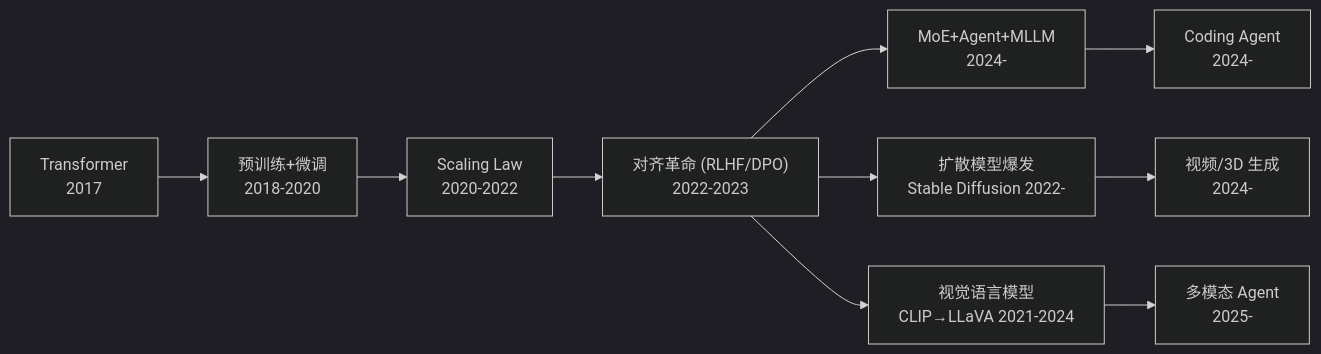
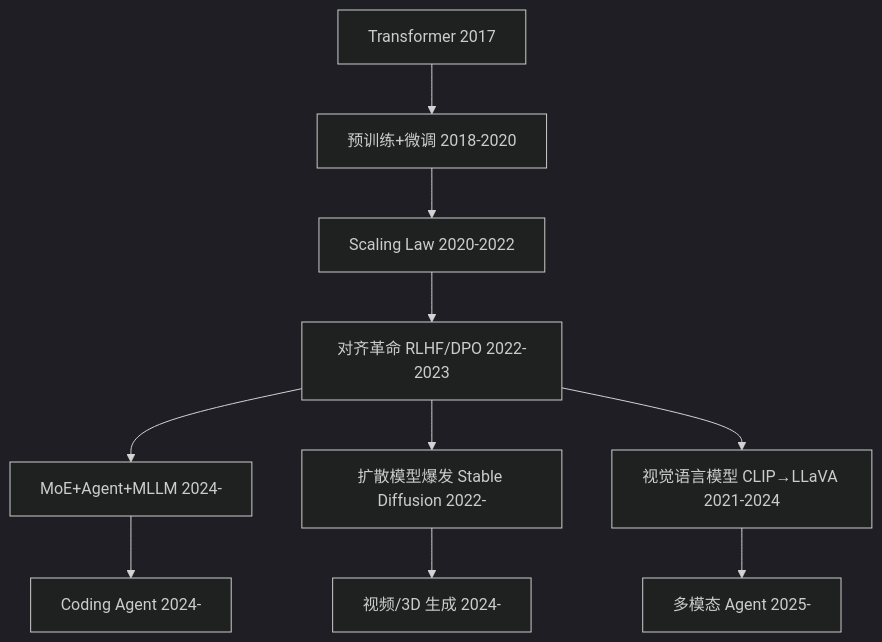
Before and after one commit to zyfengaa/ai-knowledge-base: the diagram in README.md, drawn with Mermaid (dark theme).

Commit message:
fix: simplify mermaid syntax for GitHub renderer

````diff
--- a/README.md
+++ b/README.md
@@ -11,12 +11,12 @@
 ```mermaid
-flowchart LR
-    A["Transformer<br/>2017"] --> B["预训练+微调<br/>2018-2020"]
-    B --> C["Scaling Law<br/>2020-2022"]
-    C --> D["对齐革命 (RLHF/DPO)<br/>2022-2023"]
-    D --> E["MoE+Agent+MLLM<br/>2024-"]
-    D --> F["扩散模型爆发<br/>Stable Diffusion 2022-"]
-    D --> G["视觉语言模型<br/>CLIP→LLaVA 2021-2024"]
-    E --> H["Coding Agent<br/>2024-"]
-    F --> I["视频/3D 生成<br/>2024-"]
-    G --> J["多模态 Agent<br/>2025-"]
+flowchart TD
+    A[Transformer 2017] --> B[预训练+微调 2018-2020]
+    B --> C[Scaling Law 2020-2022]
+    C --> D[对齐革命 RLHF/DPO 2022-2023]
+    D --> E[MoE+Agent+MLLM 2024-]
+    D --> F[扩散模型爆发 Stable Diffusion 2022-]
+    D --> G[视觉语言模型 CLIP→LLaVA 2021-2024]
+    E --> H[Coding Agent 2024-]
+    F --> I[视频/3D 生成 2024-]
+    G --> J[多模态 Agent 2025-]
 ```
````
